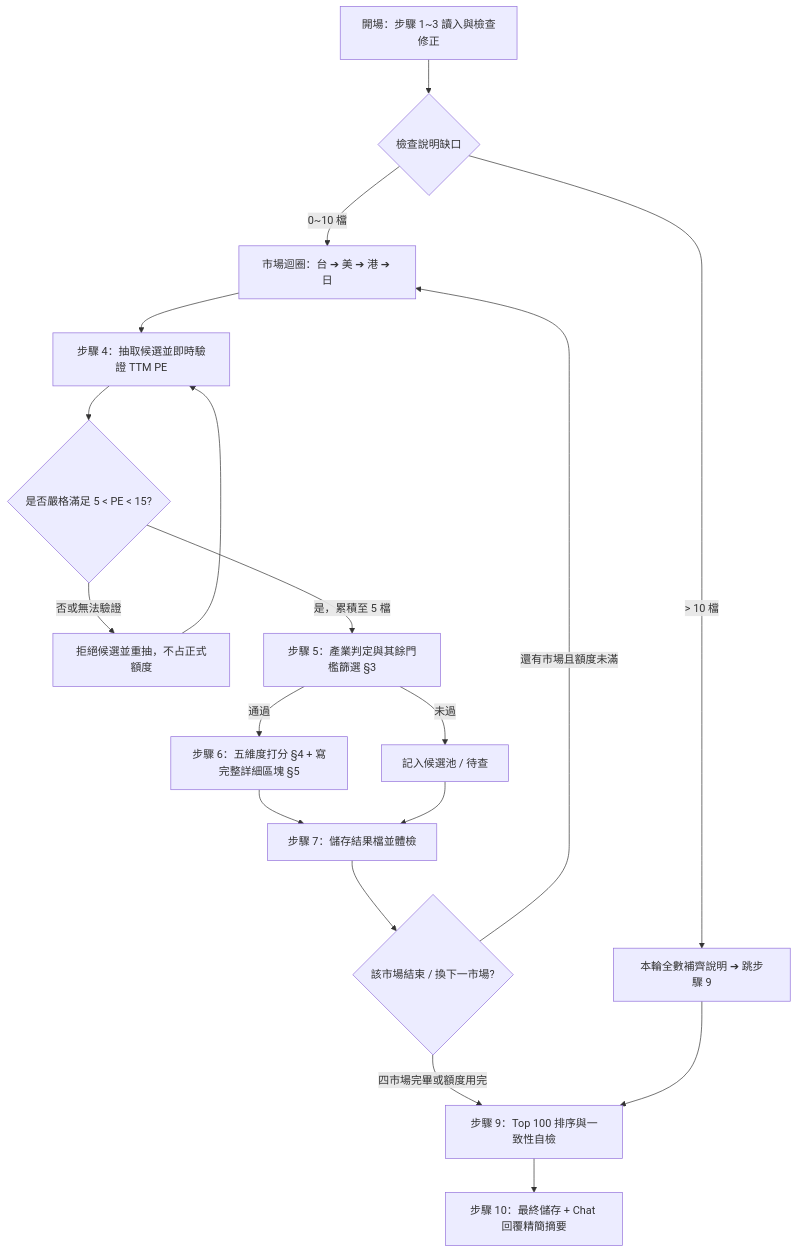
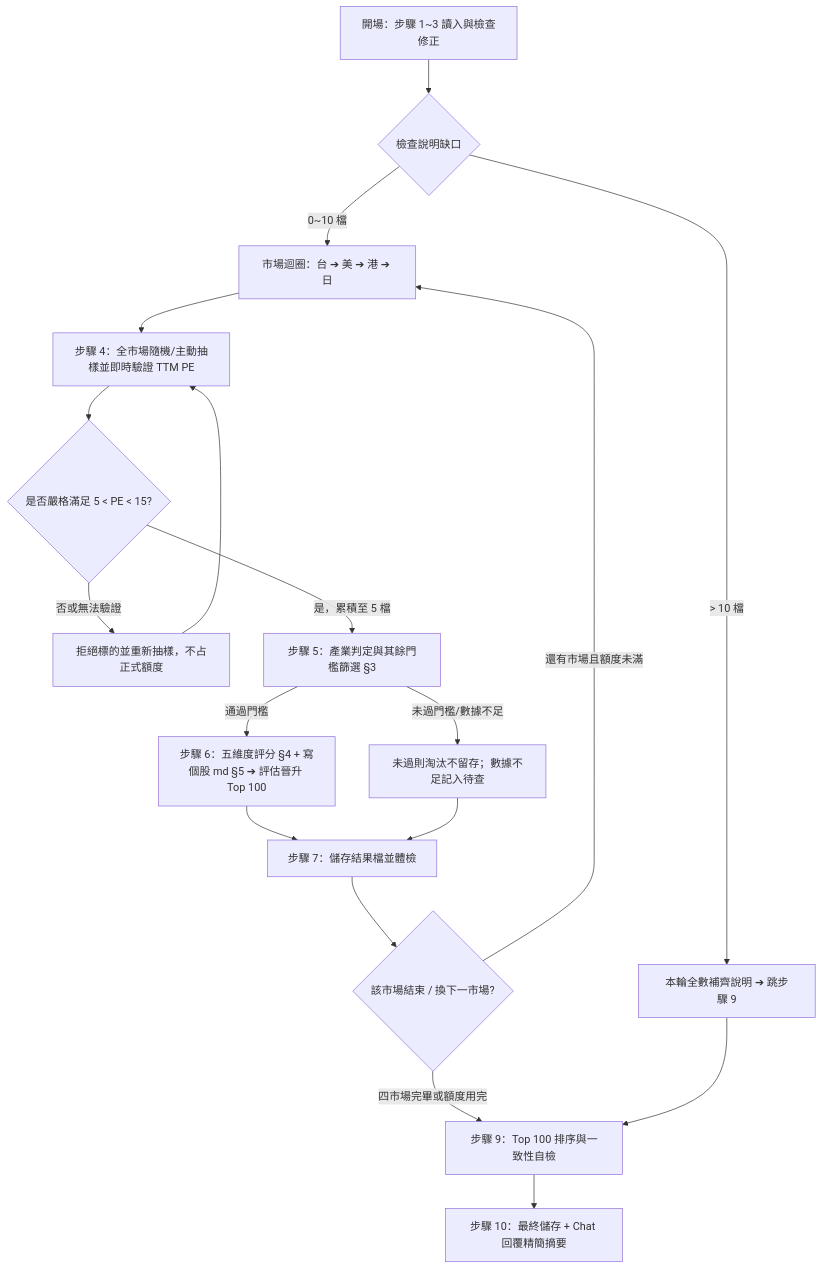
One commit to a9303001/FinancialReport changed the diagram in Routines_StkScreener_gemini.md. Above: the diagram before and after it, drawn with Mermaid. The commit also changed other lines of this file and 1 other file, not shown here.

````diff
--- a/Routines_StkScreener_gemini.md
+++ b/Routines_StkScreener_gemini.md
@@ -40,20 +40,20 @@
 ```mermaid
 graph TD
     A[開場：步驟 1~3 讀入與檢查修正] --> B{檢查說明缺口}
     B -->|> 10 檔| C[本輪全數補齊說明 ➔ 跳步驟 9]
     B -->|0~10 檔| D[市場迴圈：台 ➔ 美 ➔ 港 ➔ 日]
-    D --> E[步驟 4：抽取候選並即時驗證 TTM PE]
+    D --> E[步驟 4：全市場隨機/主動抽樣並即時驗證 TTM PE]
     E --> P{是否嚴格滿足 5 < PE < 15?}
-    P -->|否或無法驗證| R[拒絕候選並重抽，不占正式額度]
+    P -->|否或無法驗證| R[拒絕標的並重新抽樣，不占正式額度]
     R --> E
     P -->|是，累積至 5 檔| F[步驟 5：產業判定與其餘門檻篩選 §3]
-    F -->|通過| G[步驟 6：五維度打分 §4 + 寫完整詳細區塊 §5]
-    F -->|未過| H[記入候選池 / 待查]
+    F -->|通過門檻| G[步驟 6：五維度評分 §4 + 寫個股 md §5 ➔ 評估晉升 Top 100]
+    F -->|未過門檻/數據不足| H[未過則淘汰不留存；數據不足記入待查]
     G --> I[步驟 7：儲存結果檔並體檢]
     H --> I
     I --> J{該市場結束 / 換下一市場?}
     J -->|還有市場且額度未滿| D
     J -->|四市場完畢或額度用完| K[步驟 9：Top 100 排序與一致性自檢]
     C --> K
     K --> L[步驟 10：最終儲存 + Chat 回覆精簡摘要]
 ```
````
